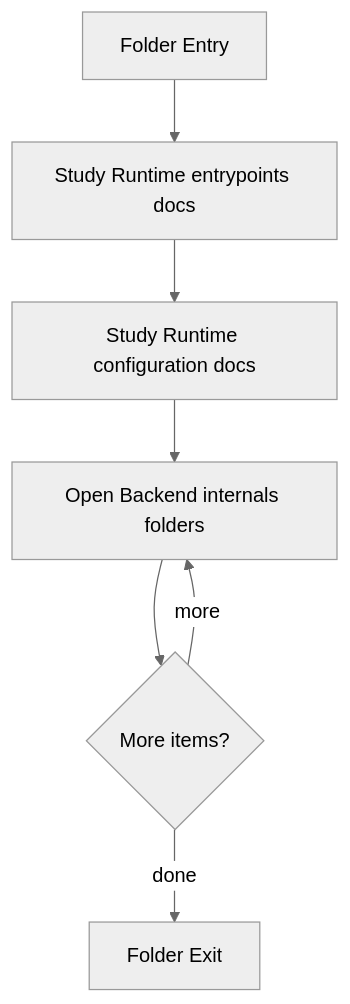
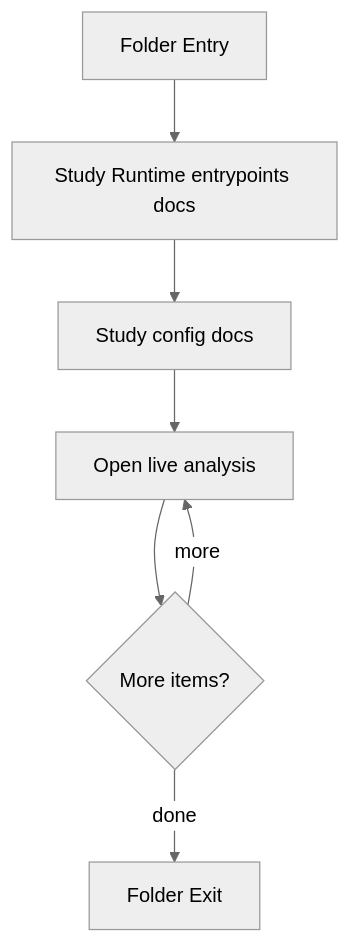
Before and after one commit to JohnAndrewBalbarosa/NeoTerritory: the diagram in docs/Codebase/Backend/README.md, drawn with Mermaid (neutral theme). The commit also changed other lines of this file and 25 other files, not shown here.

First line of the commit message:
Update docs for live class-analysis flow

````diff
--- a/docs/Codebase/Backend/README.md
+++ b/docs/Codebase/Backend/README.md
@@ -14,15 +14,15 @@
 ```mermaid
 flowchart TD
     Start["Folder Entry"]
     N0["Study Runtime entrypoints docs"]
-    N1["Study Runtime configuration docs"]
-    N2["Open Backend internals folders"]
+    N1["Study config docs"]
+    N2["Open live analysis"]
     L2{"More items?"}
     End["Folder Exit"]
     Start --> N0
     N0 --> N1
     N1 --> N2
     N2 --> L2
     L2 -->|more| N2
     L2 -->|done| End
 ```
````
